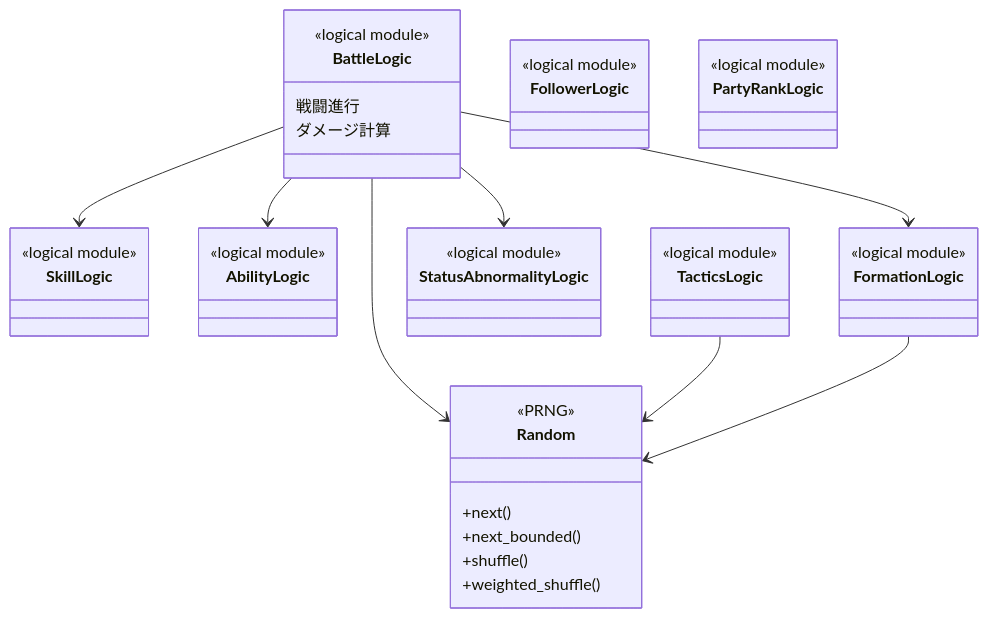
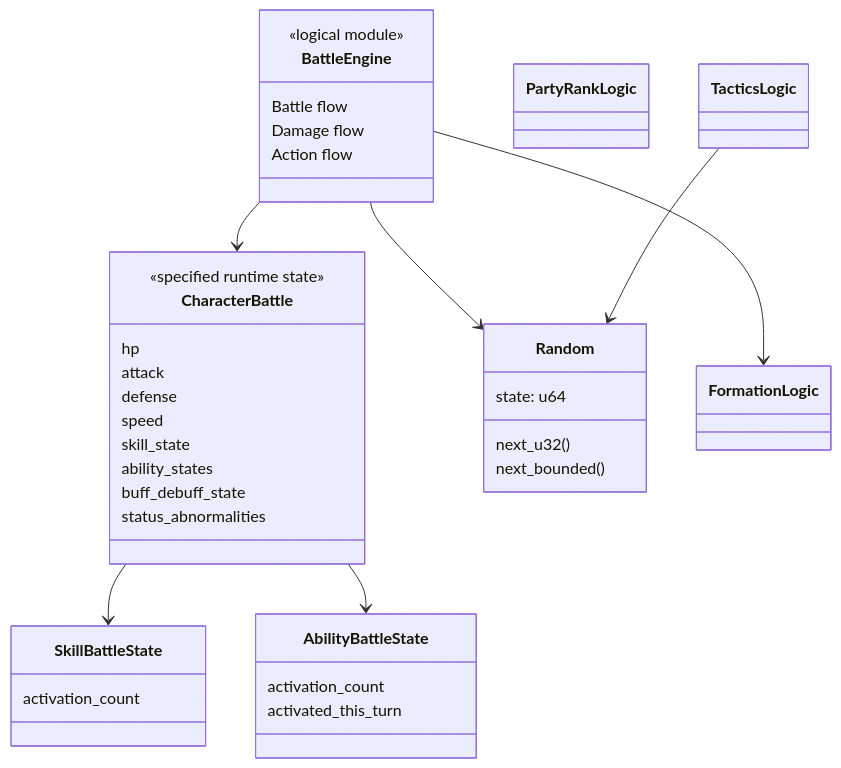
Before and after one commit to ReHydrangeaOdyssey/Specifications: the diagram in design/programming/game/game_core.md, drawn with Mermaid. The commit also changed other lines of this file and 35 other files, not shown here.

````diff
--- a/design/programming/game/game_core.md
+++ b/design/programming/game/game_core.md
@@ -30,52 +26,42 @@
 ```mermaid
 classDiagram
-    class BattleLogic {
+    class BattleEngine {
         <<logical module>>
-        戦闘進行
-        ダメージ計算
+        Battle flow
+        Damage flow
+        Action flow
     }
+    class CharacterBattle {
+        <<specified runtime state>>
+        hp
+        attack
+        defense
+        speed
+        skill_state
+        ability_states
+        buff_debuff_state
+        status_abnormalities
+    }
+    class SkillBattleState {
+        activation_count
+    }
+    class AbilityBattleState {
+        activation_count
+        activated_this_turn
+    }
+    class Random {
+        state: u64
+        next_u32()
+        next_bounded()
+    }
+    class FormationLogic
+    class PartyRankLogic
+    class TacticsLogic
 
-    class SkillLogic {
-        <<logical module>>
-    }
-
-    class AbilityLogic {
-        <<logical module>>
-    }
-
-    class TacticsLogic {
-        <<logical module>>
-    }
-
-    class StatusAbnormalityLogic {
-        <<logical module>>
-    }
-
-    class FormationLogic {
-        <<logical module>>
-    }
-
-    class FollowerLogic {
-        <<logical module>>
-    }
-
-    class PartyRankLogic {
-        <<logical module>>
-    }
-
-    class Random {
-        <<PRNG>>
-        +next()
-        +next_bounded()
-        +shuffle()
-        +weighted_shuffle()
-    }
-
-    BattleLogic --> SkillLogic
-    BattleLogic --> AbilityLogic
-    BattleLogic --> StatusAbnormalityLogic
-    BattleLogic --> FormationLogic
-    BattleLogic --> Random
+    BattleEngine --> CharacterBattle
+    CharacterBattle --> SkillBattleState
+    CharacterBattle --> AbilityBattleState
+    BattleEngine --> Random
+    BattleEngine --> FormationLogic
     TacticsLogic --> Random
-    FormationLogic --> Random
 ```
````
